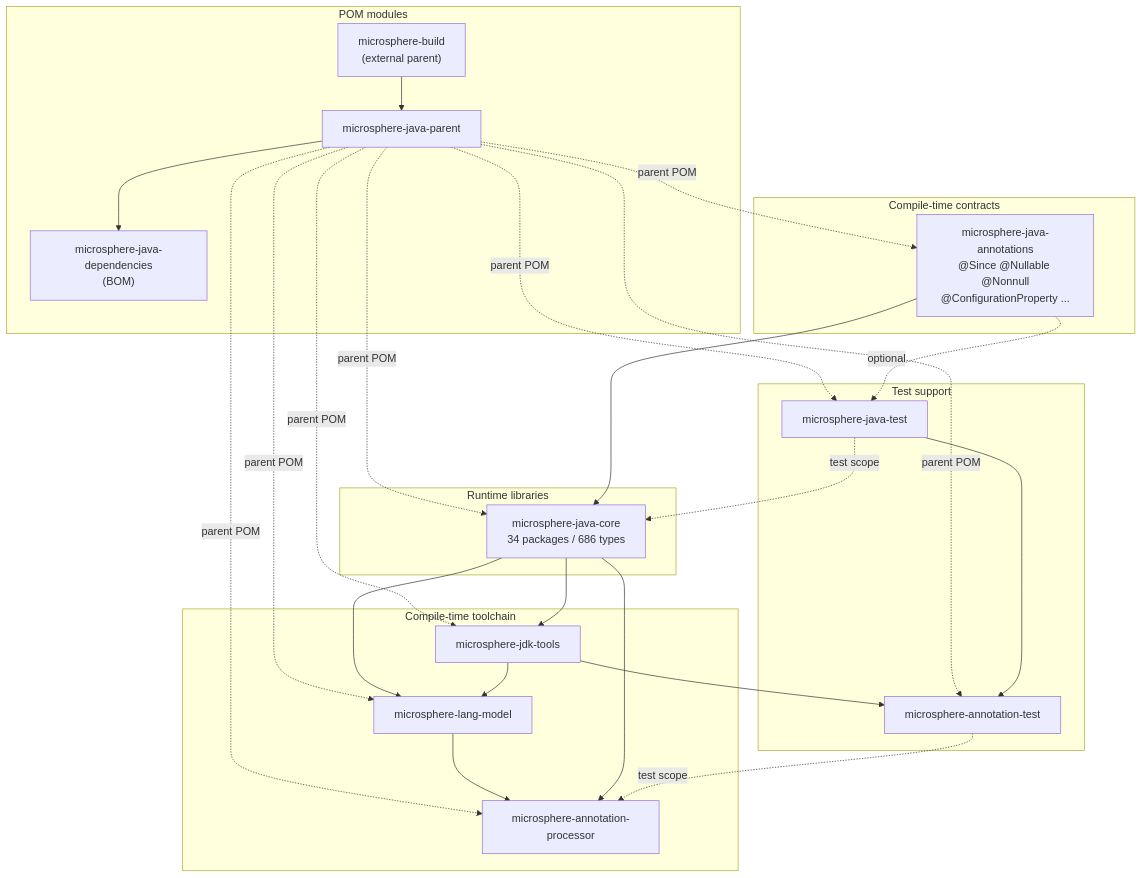
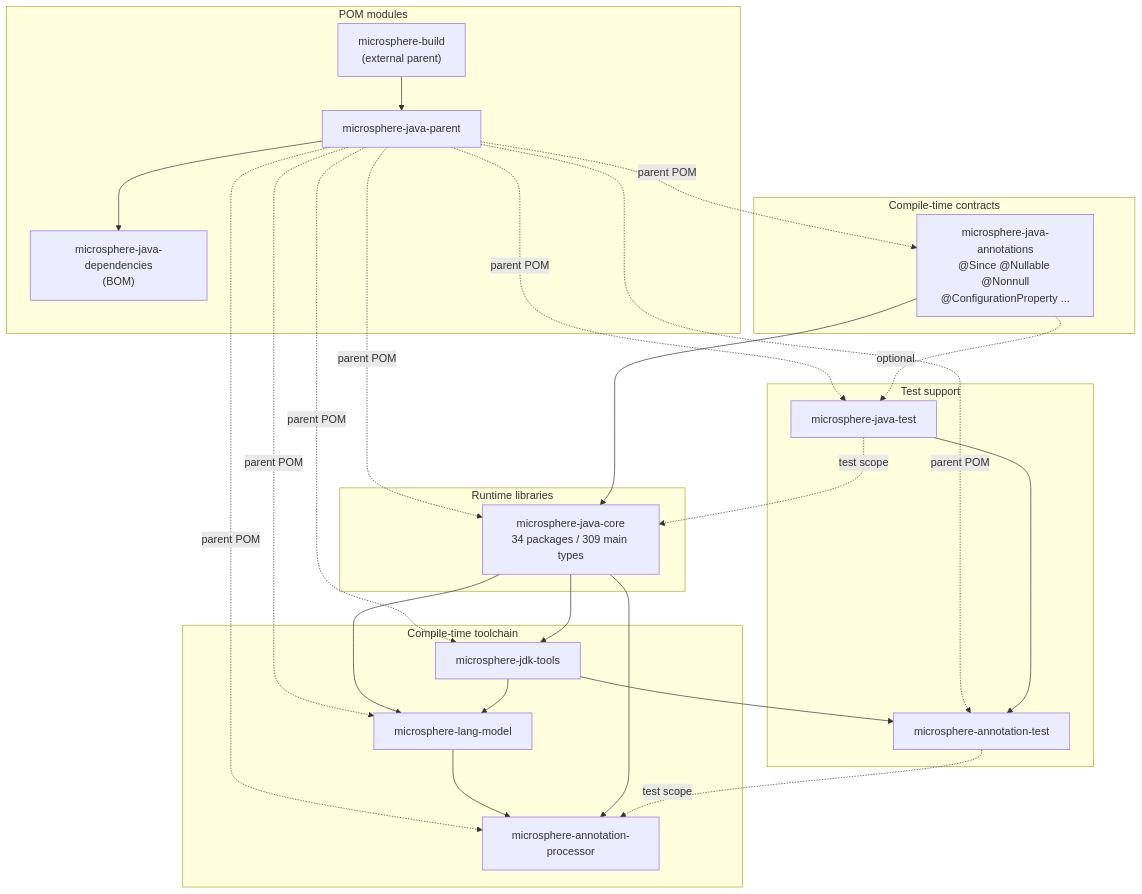
One commit to microsphere-projects/microsphere-java changed the diagram in docs/README.md. Above: the diagram before and after it, drawn with Mermaid. The commit also changed other lines of this file and 29 other files, not shown here.

````diff
--- a/docs/README.md
+++ b/docs/README.md
@@ -55,50 +55,50 @@
 ```mermaid
 graph TD
     subgraph Build["POM modules"]
         BUILD["microsphere-build<br/>(external parent)"]
         PARENT["microsphere-java-parent"]
         BOM["microsphere-java-dependencies<br/>(BOM)"]
     end
 
     subgraph Contracts["Compile-time contracts"]
         ANNO["microsphere-java-annotations<br/>@Since @Nullable @Nonnull<br/>@ConfigurationProperty ..."]
     end
 
     subgraph Runtime["Runtime libraries"]
-        CORE["microsphere-java-core<br/>34 packages / 686 types"]
+        CORE["microsphere-java-core<br/>34 packages / 309 main types"]
     end
 
     subgraph Toolchain["Compile-time toolchain"]
         JDKTOOLS["microsphere-jdk-tools"]
         LANGMODEL["microsphere-lang-model"]
         AP["microsphere-annotation-processor"]
     end
 
     subgraph Testing["Test support"]
         JTEST["microsphere-java-test"]
         ATEST["microsphere-annotation-test"]
     end
 
     PARENT --> BOM
     BUILD --> PARENT
     PARENT -. parent POM .-> ANNO
     PARENT -. parent POM .-> CORE
     PARENT -. parent POM .-> JDKTOOLS
     PARENT -. parent POM .-> LANGMODEL
     PARENT -. parent POM .-> AP
     PARENT -. parent POM .-> JTEST
     PARENT -. parent POM .-> ATEST
 
     ANNO --> CORE
     CORE --> JDKTOOLS
     CORE --> LANGMODEL
     JDKTOOLS --> LANGMODEL
     LANGMODEL --> AP
     CORE --> AP
 
     ANNO -. optional .-> JTEST
     JTEST --> ATEST
     JDKTOOLS --> ATEST
     ATEST -. test scope .-> AP
     JTEST -. test scope .-> CORE
 ```
````
